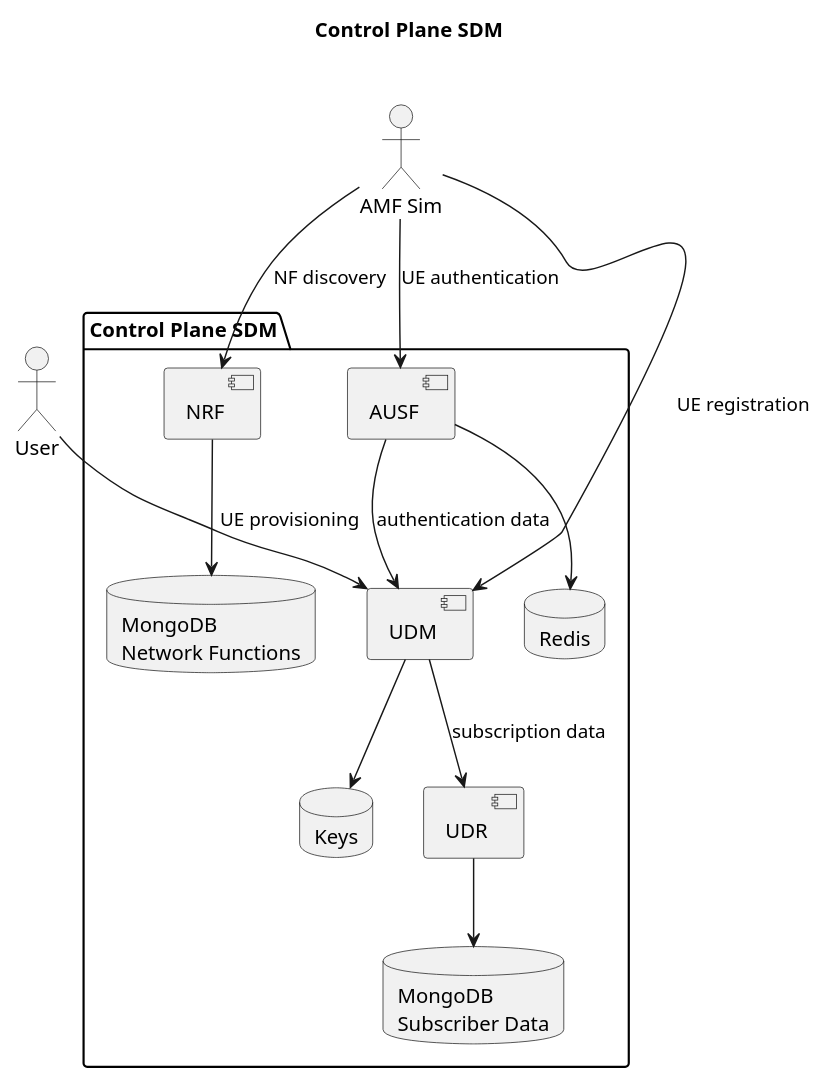
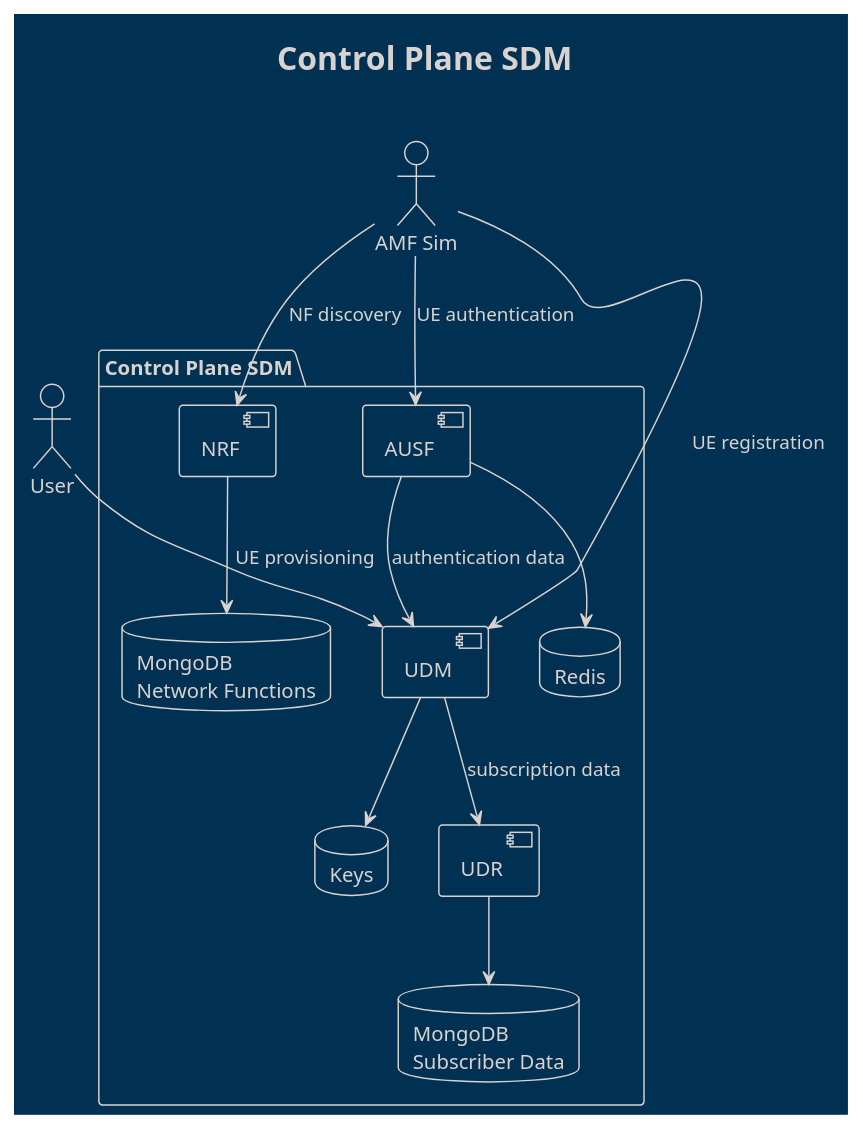
One commit to mfedyaev/5gc-factory changed the diagram in diagrams/control-plane-sdm.puml. Above: the diagram before and after it, drawn with PlantUML. The commit also changed 3 other files, not shown here.

```diff
--- a/diagrams/control-plane-sdm.puml
+++ b/diagrams/control-plane-sdm.puml
@@ -1,30 +1,31 @@
 @startuml
+!theme blueprint
 title Control Plane SDM
 
 actor User
 actor "AMF Sim" as Amf
 
 package "Control Plane SDM" {
   component NRF
   database "MongoDB\nNetwork Functions" as NfStore
   component AUSF
   database Redis as AusfStore
   component UDM
   database Keys as KeyStore
   component UDR
   database "MongoDB\nSubscriber Data" as SubStore
 }
 
 NRF --> NfStore
 AUSF --> AusfStore
 UDM --> KeyStore
 UDR --> SubStore
 
 Amf --> NRF : NF discovery
 Amf --> AUSF : UE authentication
 Amf --> UDM : UE registration
 User --> UDM : UE provisioning
 
 AUSF --> UDM : authentication data
 UDM --> UDR : subscription data
 @enduml
```
